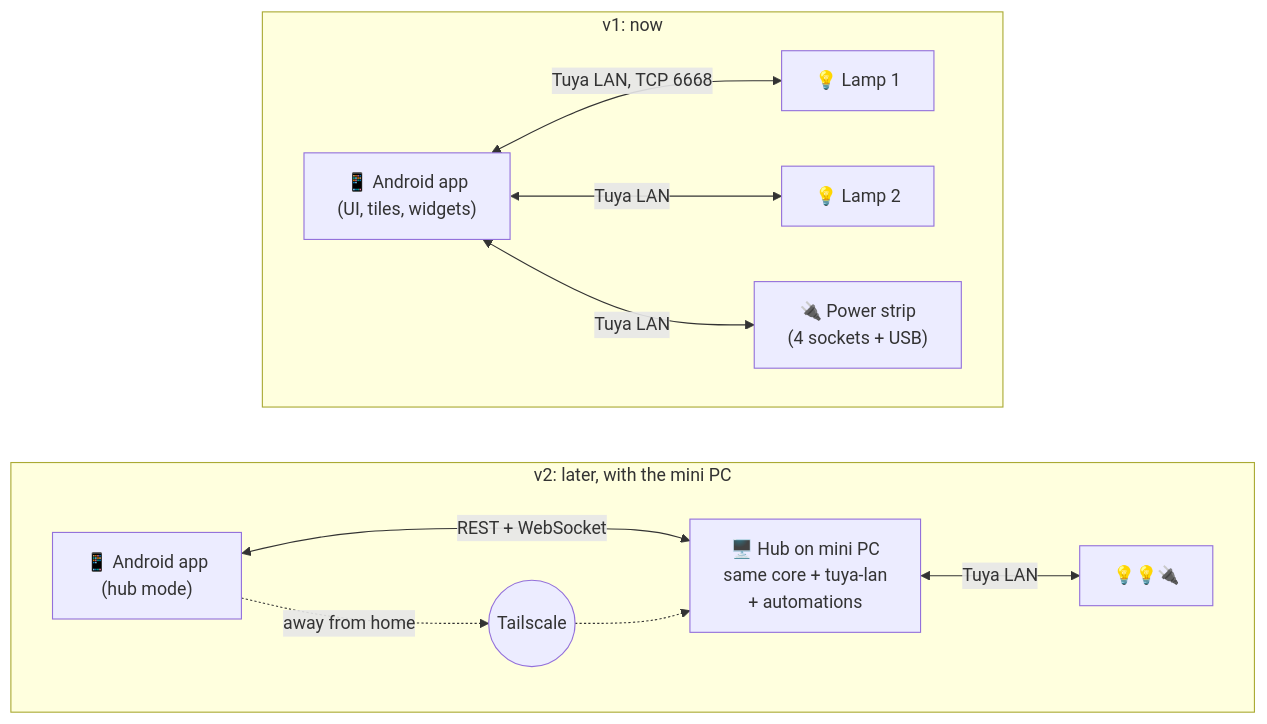
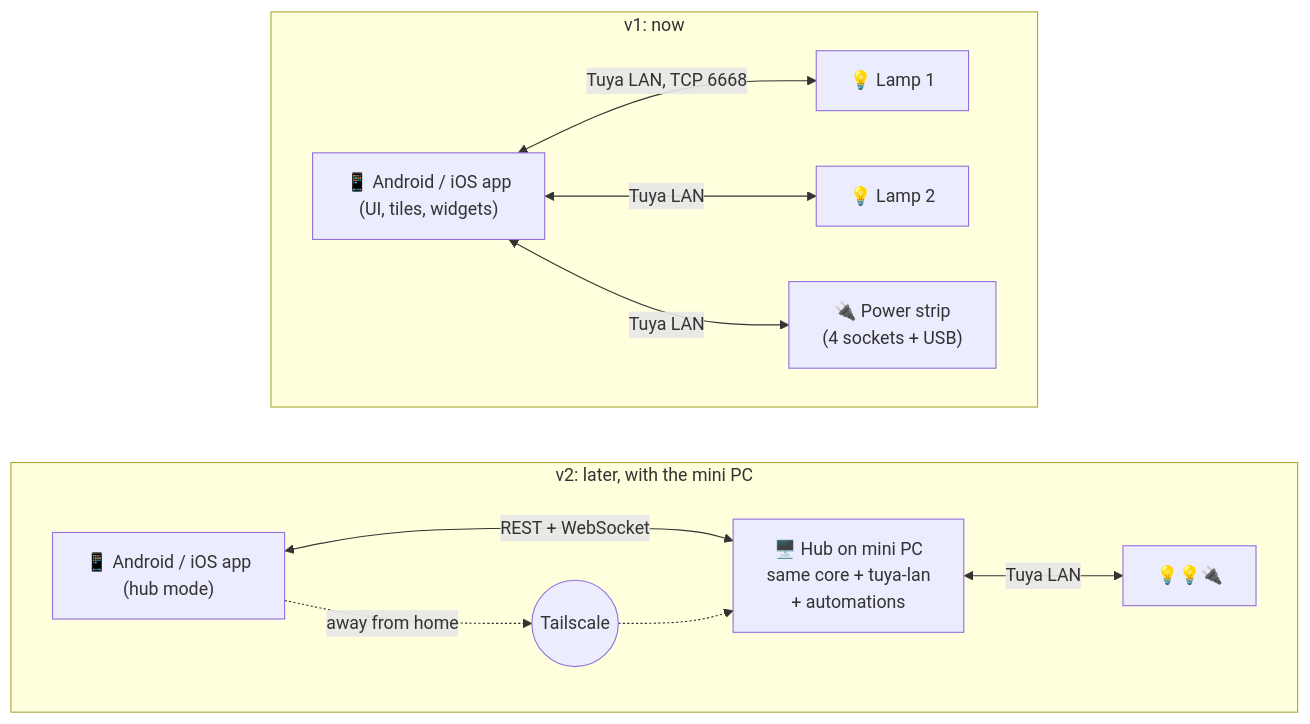
One commit to XDefoeRedstoneX/bardisucks changed the diagram in docs/design/architecture.md. Above: the diagram before and after it, drawn with Mermaid. The commit also changed other lines of this file and 5 other files, not shown here.

````diff
--- a/docs/design/architecture.md
+++ b/docs/design/architecture.md
@@ -36,25 +36,25 @@
 ```mermaid
 flowchart LR
   subgraph V2["v2: later, with the mini PC"]
     direction LR
-    A2["📱 Android app<br/>(hub mode)"]
+    A2["📱 Android / iOS app<br/>(hub mode)"]
     H["🖥️ Hub on mini PC<br/>same core + tuya-lan<br/>+ automations"]
     D2["💡💡🔌"]
     TS(("Tailscale"))
     A2 <-->|REST + WebSocket| H
     A2 -.->|away from home| TS
     TS -.-> H
     H <-->|Tuya LAN| D2
   end
 
   subgraph V1["v1: now"]
     direction LR
-    A1["📱 Android app<br/>(UI, tiles, widgets)"]
+    A1["📱 Android / iOS app<br/>(UI, tiles, widgets)"]
     L1a["💡 Lamp 1"]
     L1b["💡 Lamp 2"]
     S1["🔌 Power strip<br/>(4 sockets + USB)"]
     A1 <-->|Tuya LAN, TCP 6668| L1a
     A1 <-->|Tuya LAN| L1b
     A1 <-->|Tuya LAN| S1
   end
 ```
````
